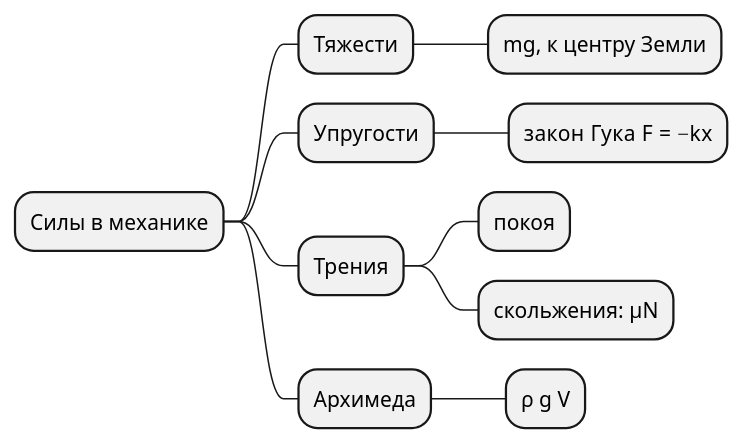
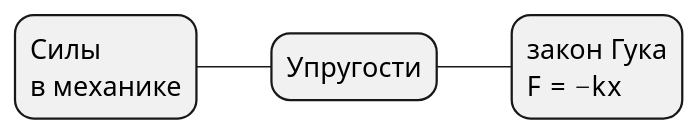
Before and after one commit to kscht/spiridus-docs: diagram 14 of 16 in examples/documents/28-plantuml.md, drawn with PlantUML. The commit also changed other lines of this file and 56 other files, not shown here.

````diff
--- a/examples/documents/28-plantuml.md
+++ b/examples/documents/28-plantuml.md
@@ -128,16 +286,10 @@
 ```plantuml
-' result: artifact:49c8a145d493b3ee/diagram.svg
+' result: artifact:6ed2a9cc64e61f1b/diagram.svg
 ' build: plantuml-1.2026.9-asl
 @startmindmap
-* Силы в механике
-** Тяжести
-*** mg, к центру Земли
+skinparam defaultFontSize 18
+* Силы\nв механике
 ** Упругости
-*** закон Гука F = −kx
-** Трения
-*** покоя
-*** скольжения: μN
-** Архимеда
-*** ρ g V
+*** закон Гука\nF = −kx
 @endmindmap
 ```
````
